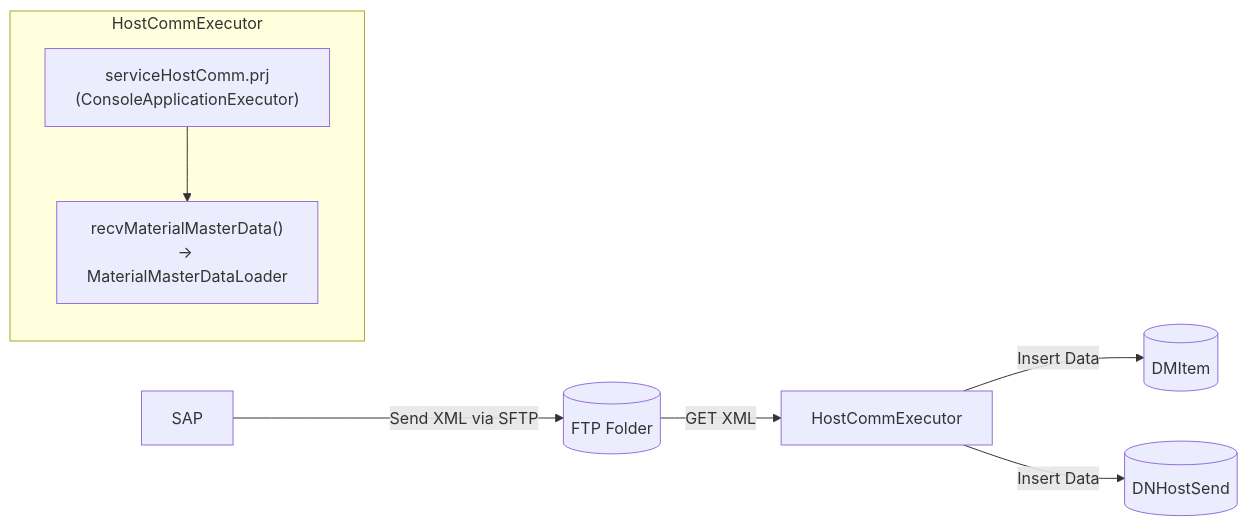
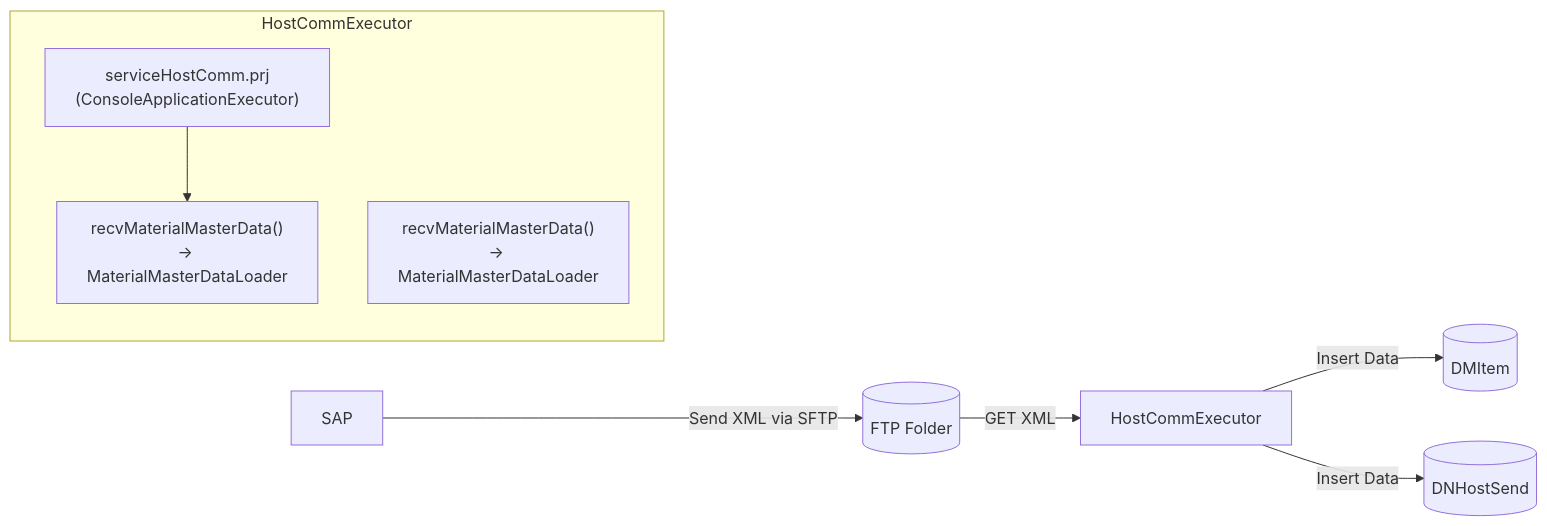
The diagram in Basic-Design/Host-Interfaces.md (luthfiadityaa/SimeDarby-Wiki), drawn with Mermaid before and after one commit.

Commit message:
Updated Host Interfaces

```diff
--- a/Basic-Design/Host-Interfaces.md
+++ b/Basic-Design/Host-Interfaces.md
@@ -31,13 +31,15 @@
 ::: mermaid
 flowchart LR
     A[SAP] -->|Send XML via SFTP| B[(FTP Folder)]
     B -->|GET XML| C[HostCommExecutor]
     C -->|Insert Data| E[(DMItem)]
     C -->|Insert Data| F[(DNHostSend)]
 
     subgraph HostCommExecutor
         C1["serviceHostComm.prj<br>(ConsoleApplicationExecutor)"]
         C2["recvMaterialMasterData()<br>→ MaterialMasterDataLoader"]
+        C3["recvMaterialMasterData()<br>→ MaterialMasterDataLoader"]
+C3["recvMaterialMasterData()<br>→ MaterialMasterDataLoader"]
         C1 --> C2
     end
 :::
```
